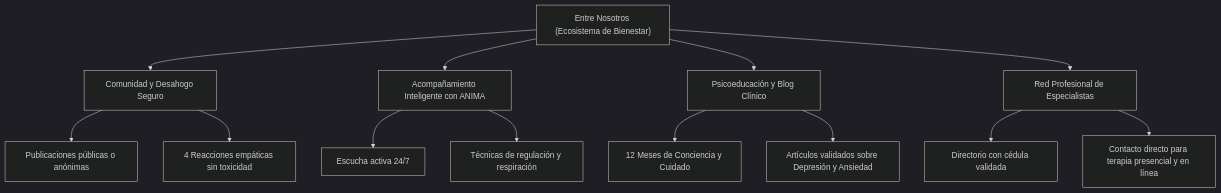
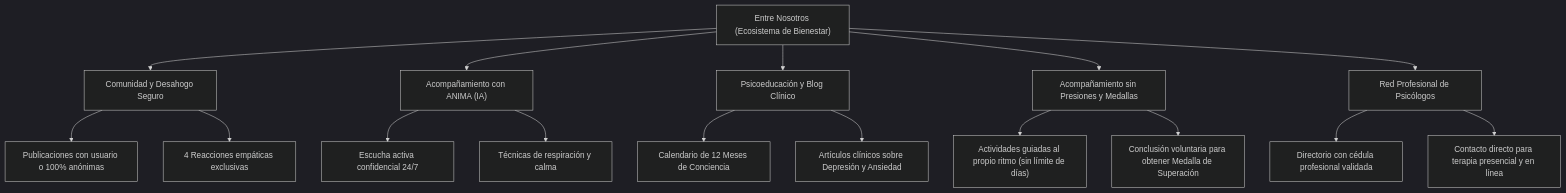
The first of 4 diagrams in MANUAL_DE_USUARIO.md (GuillermoMH10/ENTRE.NOSOTROS.COMUNITY), drawn with Mermaid (dark theme) before and after one commit. The commit also changed other lines of this file, not shown here.

````diff
--- a/MANUAL_DE_USUARIO.md
+++ b/MANUAL_DE_USUARIO.md
@@ -16,19 +16,23 @@
 ```mermaid
 flowchart TD
     A["Entre Nosotros (Ecosistema de Bienestar)"] --> B["Comunidad y Desahogo Seguro"]
-    A --> C["Acompañamiento Inteligente con ANIMA"]
+    A --> C["Acompañamiento con ANIMA (IA)"]
     A --> D["Psicoeducación y Blog Clínico"]
-    A --> E["Red Profesional de Especialistas"]
+    A --> E["Acompañamiento sin Presiones y Medallas"]
+    A --> F["Red Profesional de Psicólogos"]
 
-    B --> B1["Publicaciones públicas o anónimas"]
-    B --> B2["4 Reacciones empáticas sin toxicidad"]
+    B --> B1["Publicaciones con usuario o 100% anónimas"]
+    B --> B2["4 Reacciones empáticas exclusivas"]
     
-    C --> C1["Escucha activa 24/7"]
-    C --> C2["Técnicas de regulación y respiración"]
+    C --> C1["Escucha activa confidencial 24/7"]
+    C --> C2["Técnicas de respiración y calma"]
 
-    D --> D1["12 Meses de Conciencia y Cuidado"]
-    D --> D2["Artículos validados sobre Depresión y Ansiedad"]
+    D --> D1["Calendario de 12 Meses de Conciencia"]
+    D --> D2["Artículos clínicos sobre Depresión y Ansiedad"]
 
-    E --> E1["Directorio con cédula validada"]
-    E --> E2["Contacto directo para terapia presencial y en línea"]
+    E --> E1["Actividades guiadas al propio ritmo (sin límite de días)"]
+    E --> E2["Conclusión voluntaria para obtener Medalla de Superación"]
+
+    F --> F1["Directorio con cédula profesional validada"]
+    F --> F2["Contacto directo para terapia presencial y en línea"]
 ```
````
